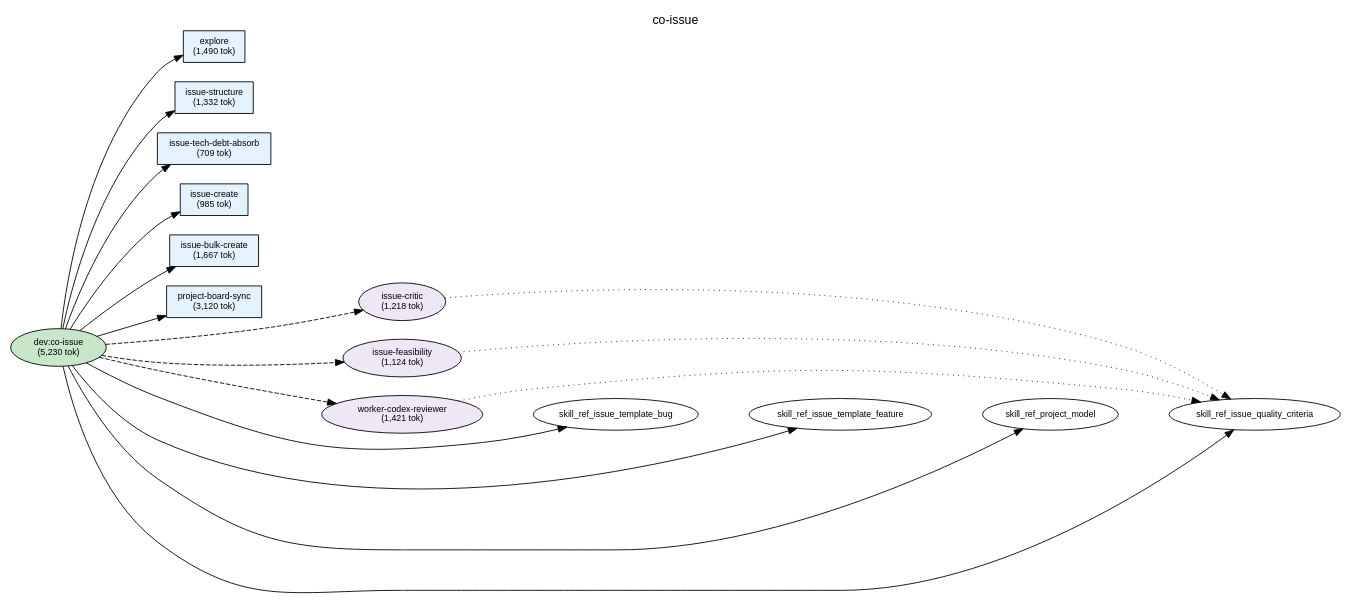
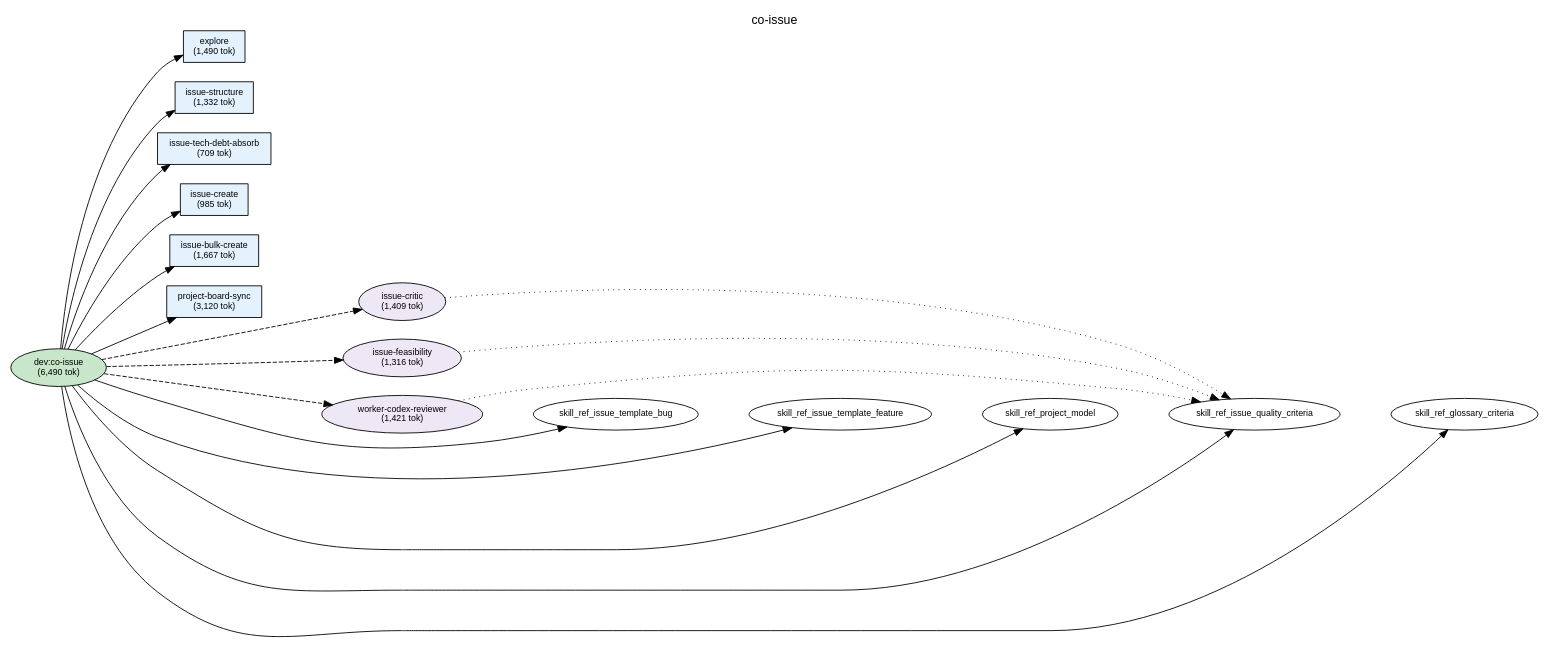
Before and after one commit to shuu5/twill: the diagram in plugins/dev/docs/deps-co-issue.dot, drawn with Graphviz. The commit also changed 15 other files, not shown here.

First line of the commit message:
feat/190 co issue step 15 glossary ref glossary (#226)

```diff
--- a/plugins/dev/docs/deps-co-issue.dot
+++ b/plugins/dev/docs/deps-co-issue.dot
@@ -1,78 +1,80 @@
 digraph Dependencies {
     // Graph settings
     rankdir=LR;
     ranksep=0.8;
     nodesep=0.3;
     fontname="Helvetica";
     node [fontname="Helvetica", fontsize=10];
     edge [fontname="Helvetica", fontsize=9];
     label="co-issue";
     labelloc=t;
     fontsize=14;
 
     // L0: Controller Skills
-    skill_co_issue [label="dev:co-issue\n(5,230 tok)", shape=ellipse, style=filled, fillcolor="#c8e6c9"];
+    skill_co_issue [label="dev:co-issue\n(6,490 tok)", shape=ellipse, style=filled, fillcolor="#c8e6c9"];
 
     // L0: Launchers
 
     // L0.5: Workflow Skills
 
     // Reference Skills
 
     // L1: Direct Commands
     cmd_issue_structure [label="issue-structure\n(1,332 tok)", shape=box, style=filled, fillcolor="#e3f2fd"];
     cmd_issue_create [label="issue-create\n(985 tok)", shape=box, style=filled, fillcolor="#e3f2fd"];
     cmd_issue_bulk_create [label="issue-bulk-create\n(1,667 tok)", shape=box, style=filled, fillcolor="#e3f2fd"];
     cmd_issue_tech_debt_absorb [label="issue-tech-debt-absorb\n(709 tok)", shape=box, style=filled, fillcolor="#e3f2fd"];
     cmd_project_board_sync [label="project-board-sync\n(3,120 tok)", shape=box, style=filled, fillcolor="#e3f2fd"];
     cmd_explore [label="explore\n(1,490 tok)", shape=box, style=filled, fillcolor="#e3f2fd"];
 
     // L2: Sub Commands
 
     // L3: Agents
-    agent_issue_critic [label="issue-critic\n(1,218 tok)", shape=ellipse, style=filled, fillcolor="#ede7f6"];
-    agent_issue_feasibility [label="issue-feasibility\n(1,124 tok)", shape=ellipse, style=filled, fillcolor="#ede7f6"];
+    agent_issue_critic [label="issue-critic\n(1,409 tok)", shape=ellipse, style=filled, fillcolor="#ede7f6"];
+    agent_issue_feasibility [label="issue-feasibility\n(1,316 tok)", shape=ellipse, style=filled, fillcolor="#ede7f6"];
     agent_worker_codex_reviewer [label="worker-codex-reviewer\n(1,421 tok)", shape=ellipse, style=filled, fillcolor="#ede7f6"];
 
     // L3.5: Scripts
 
     // L4: External
 
     // Layer constraints
     { rank=same; skill_co_issue; }
     { rank=same; cmd_issue_structure; cmd_issue_create; cmd_issue_bulk_create; cmd_issue_tech_debt_absorb; cmd_project_board_sync; cmd_explore; }
     { rank=same; agent_issue_critic; agent_issue_feasibility; agent_worker_codex_reviewer; }
 
     // Edges
     skill_co_issue -> cmd_explore;
     skill_co_issue -> cmd_issue_structure;
     skill_co_issue -> cmd_issue_tech_debt_absorb;
     skill_co_issue -> cmd_issue_create;
     skill_co_issue -> cmd_issue_bulk_create;
     skill_co_issue -> cmd_project_board_sync;
     skill_co_issue -> agent_issue_critic [style=dashed];
     skill_co_issue -> agent_issue_feasibility [style=dashed];
     skill_co_issue -> agent_worker_codex_reviewer [style=dashed];
     skill_co_issue -> skill_ref_issue_template_bug;
     skill_co_issue -> skill_ref_issue_template_feature;
     skill_co_issue -> skill_ref_project_model;
     skill_co_issue -> skill_ref_issue_quality_criteria;
+    skill_co_issue -> skill_ref_glossary_criteria;
     agent_issue_critic -> skill_ref_issue_quality_criteria [style=dotted];
     agent_issue_feasibility -> skill_ref_issue_quality_criteria [style=dotted];
     agent_worker_codex_reviewer -> skill_ref_issue_quality_criteria [style=dotted];
 
     // Ordering constraints (invisible edges)
     cmd_explore -> cmd_issue_structure [style=invis, weight=10];
     cmd_issue_structure -> cmd_issue_tech_debt_absorb [style=invis, weight=10];
     cmd_issue_tech_debt_absorb -> cmd_issue_create [style=invis, weight=10];
     cmd_issue_create -> cmd_issue_bulk_create [style=invis, weight=10];
     cmd_issue_bulk_create -> cmd_project_board_sync [style=invis, weight=10];
     cmd_project_board_sync -> agent_issue_critic [style=invis, weight=10];
     agent_issue_critic -> agent_issue_feasibility [style=invis, weight=10];
     agent_issue_feasibility -> agent_worker_codex_reviewer [style=invis, weight=10];
     agent_worker_codex_reviewer -> skill_ref_issue_template_bug [style=invis, weight=10];
     skill_ref_issue_template_bug -> skill_ref_issue_template_feature [style=invis, weight=10];
     skill_ref_issue_template_feature -> skill_ref_project_model [style=invis, weight=10];
     skill_ref_project_model -> skill_ref_issue_quality_criteria [style=invis, weight=10];
+    skill_ref_issue_quality_criteria -> skill_ref_glossary_criteria [style=invis, weight=10];
 
 }
```
